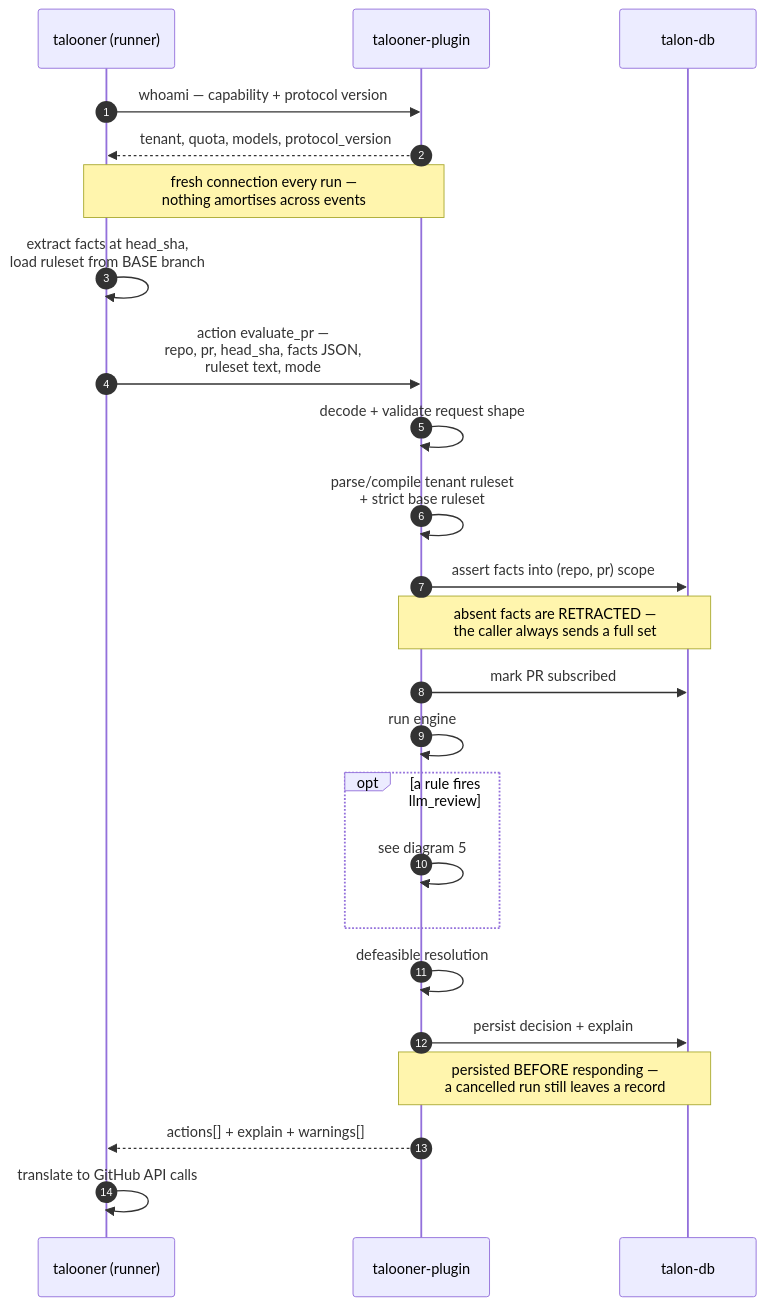
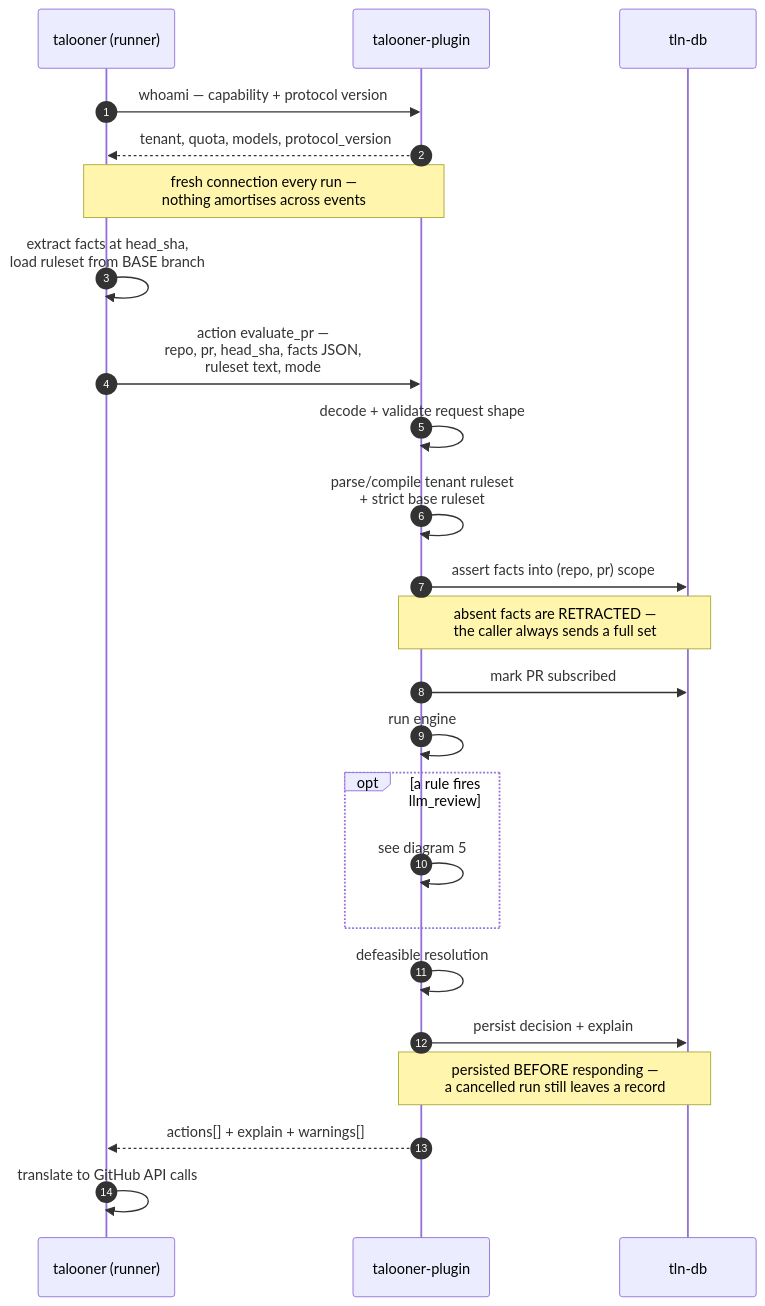
One commit to opentalon/talooner-plugin changed the third of 6 diagrams in diagrams.md. Above: the diagram before and after it, drawn with Mermaid. The commit also changed other lines of this file and 29 other files, not shown here.

First line of the commit message:
chore: migrate talon-language deps to tln (#48)

````diff
--- a/diagrams.md
+++ b/diagrams.md
@@ -137,30 +137,30 @@
 ```mermaid
 sequenceDiagram
     autonumber
     participant Bot as talooner (runner)
     participant Plug as talooner-plugin
-    participant DB as talon-db
+    participant DB as tln-db
 
     Bot->>Plug: whoami — capability + protocol version
     Plug-->>Bot: tenant, quota, models, protocol_version
     Note over Bot,Plug: fresh connection every run —<br/>nothing amortises across events
     Bot->>Bot: extract facts at head_sha,<br/>load ruleset from BASE branch
     Bot->>Plug: action evaluate_pr —<br/>repo, pr, head_sha, facts JSON,<br/>ruleset text, mode
 
     Plug->>Plug: decode + validate request shape
     Plug->>Plug: parse/compile tenant ruleset<br/>+ strict base ruleset
     Plug->>DB: assert facts into (repo, pr) scope
     Note over Plug,DB: absent facts are RETRACTED —<br/>the caller always sends a full set
     Plug->>DB: mark PR subscribed
 
     Plug->>Plug: run engine
     opt a rule fires llm_review
         Plug->>Plug: see diagram 5
     end
     Plug->>Plug: defeasible resolution
     Plug->>DB: persist decision + explain
     Note over Plug,DB: persisted BEFORE responding —<br/>a cancelled run still leaves a record
 
     Plug-->>Bot: actions[] + explain + warnings[]
     Bot->>Bot: translate to GitHub API calls
 ```
````
